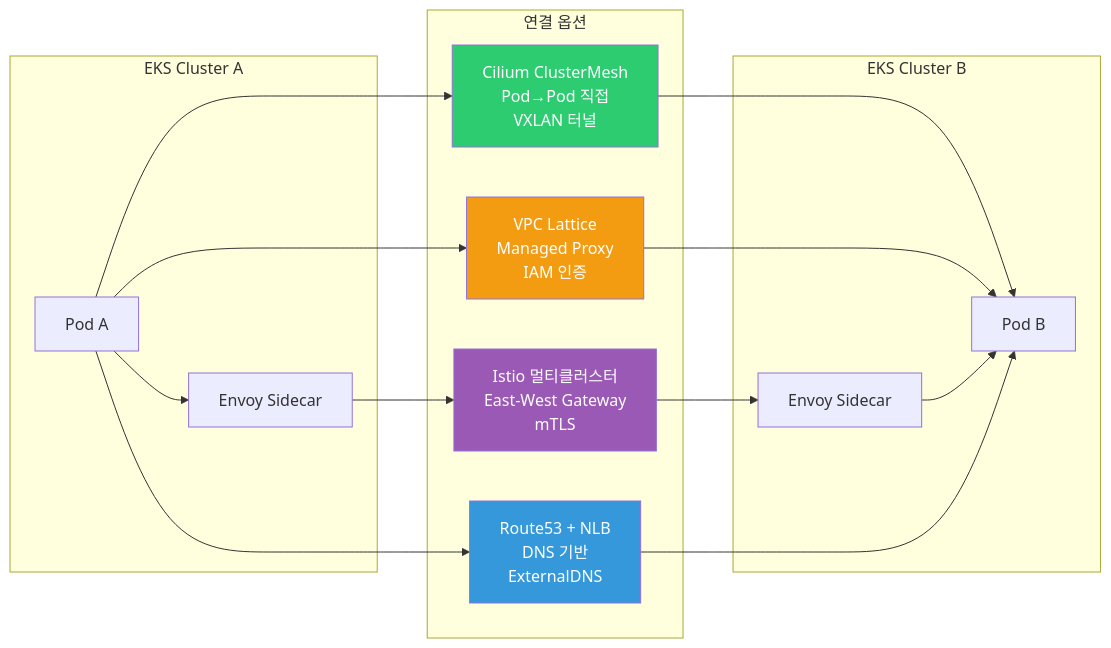
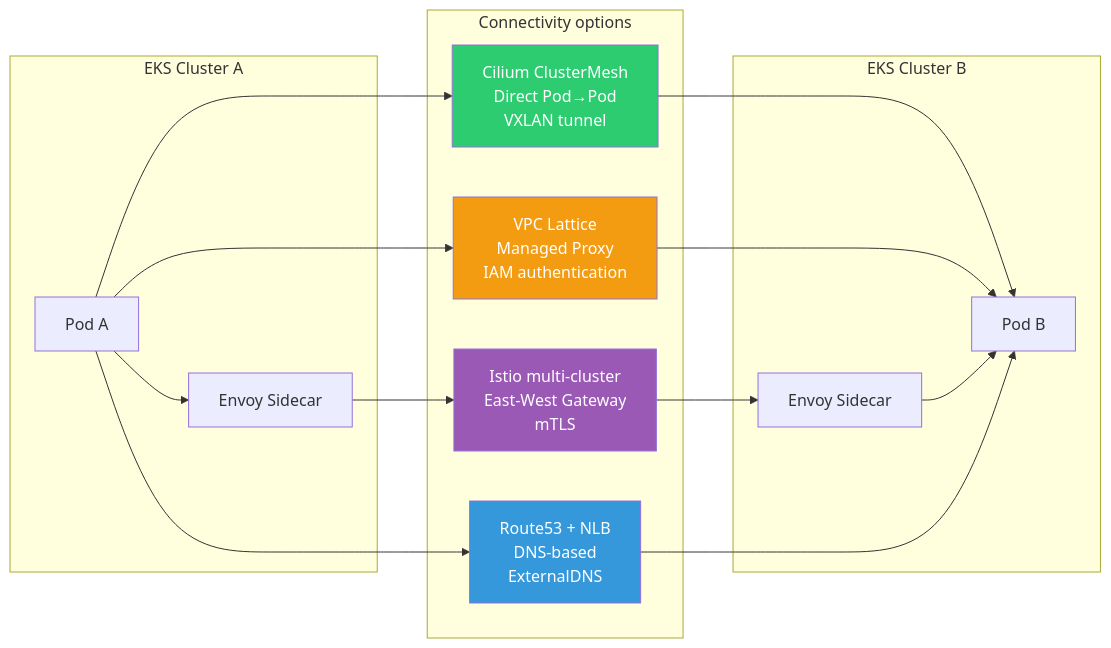
The second of 2 diagrams in docs/eks-best-practices/networking-performance/east-west-traffic-best-practice.md (devfloor9/engineering-playbook), drawn with Mermaid before and after one commit. The commit also changed other lines of this file and 954 other files, not shown here.

````diff
--- a/docs/eks-best-practices/networking-performance/east-west-traffic-best-practice.md
+++ b/docs/eks-best-practices/networking-performance/east-west-traffic-best-practice.md
@@ -136,29 +136,29 @@
 ```mermaid
 graph LR
     subgraph Cluster_A["EKS Cluster A"]
         PA["Pod A"]
         EA["Envoy Sidecar"]
     end
 
     subgraph Cluster_B["EKS Cluster B"]
         PB["Pod B"]
         EB["Envoy Sidecar"]
     end
 
-    subgraph Options["연결 옵션"]
-        CM["Cilium ClusterMesh<br/>Pod→Pod 직접<br/>VXLAN 터널"]
-        VL["VPC Lattice<br/>Managed Proxy<br/>IAM 인증"]
-        IM["Istio 멀티클러스터<br/>East-West Gateway<br/>mTLS"]
-        DNS["Route53 + NLB<br/>DNS 기반<br/>ExternalDNS"]
+    subgraph Options["Connectivity options"]
+        CM["Cilium ClusterMesh<br/>Direct Pod→Pod<br/>VXLAN tunnel"]
+        VL["VPC Lattice<br/>Managed Proxy<br/>IAM authentication"]
+        IM["Istio multi-cluster<br/>East-West Gateway<br/>mTLS"]
+        DNS["Route53 + NLB<br/>DNS-based<br/>ExternalDNS"]
     end
 
     PA --> CM --> PB
     PA --> VL --> PB
     PA --> EA --> IM --> EB --> PB
     PA --> DNS --> PB
 
     style CM fill:#2ECC71,color:#fff
     style VL fill:#F39C12,color:#fff
     style IM fill:#9B59B6,color:#fff
     style DNS fill:#3498DB,color:#fff
 ```
````
